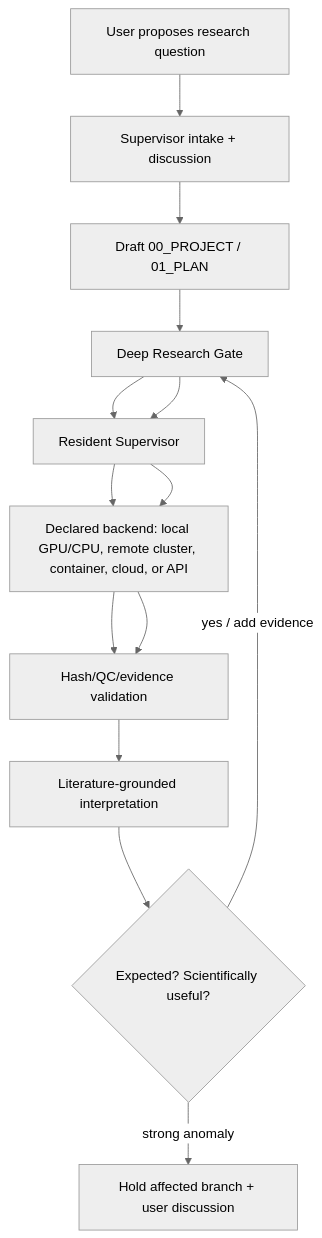
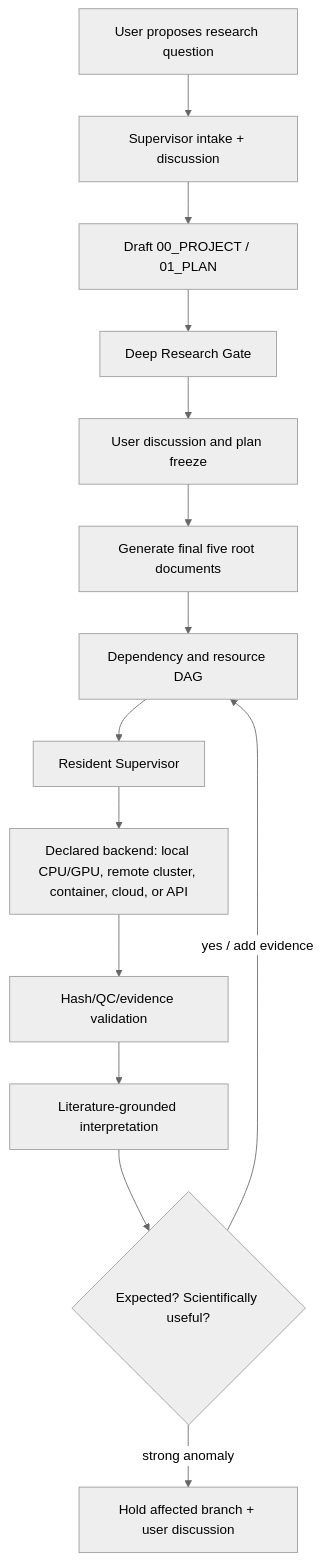
One commit to shuifeng1988/scientific_agent_design changed the diagram in README.md. Above: the diagram before and after it, drawn with Mermaid (neutral theme).

Commit message:
Fix lifecycle architecture diagram

````diff
--- a/README.md
+++ b/README.md
@@ -30,16 +30,16 @@
 ```mermaid
 flowchart TD
   A[User proposes research question] --> B[Supervisor intake + discussion]
   B --> C[Draft 00_PROJECT / 01_PLAN]
   C --> D[Deep Research Gate]
   D --> E[User discussion and plan freeze]
-  E --> F[Generate final 00_PROJECT / 01_PLAN / 02_SOFTWARE / 03_DATA / 04_STATUS]
+  E --> F[Generate final five root documents]
   F --> G[Dependency and resource DAG]
-  D --> E[Resident Supervisor]
-  E --> F[Declared backend: local GPU/CPU, remote cluster, container, cloud, or API]
-  F --> G[Hash/QC/evidence validation]
-  G --> H[Literature-grounded interpretation]
-  H --> I{Expected? Scientifically useful?}
-  I -->|yes / add evidence| D
-  I -->|strong anomaly| J[Hold affected branch + user discussion]
+  G --> H[Resident Supervisor]
+  H --> I[Declared backend: local CPU/GPU, remote cluster, container, cloud, or API]
+  I --> J[Hash/QC/evidence validation]
+  J --> K[Literature-grounded interpretation]
+  K --> L{Expected? Scientifically useful?}
+  L -->|yes / add evidence| G
+  L -->|strong anomaly| M[Hold affected branch + user discussion]
 ```
````
